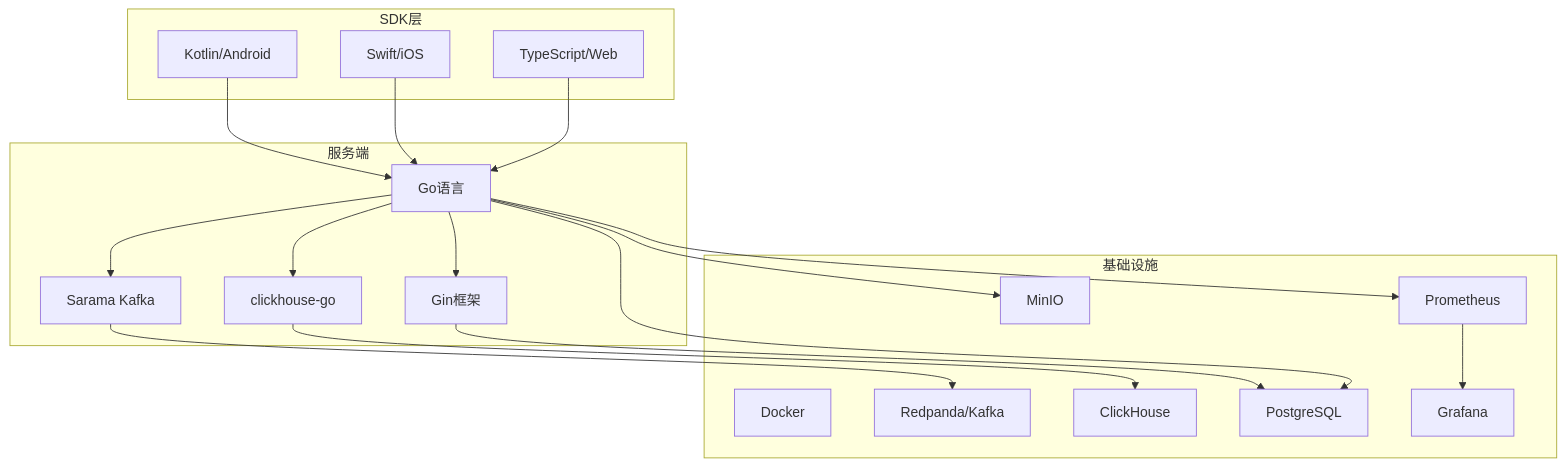
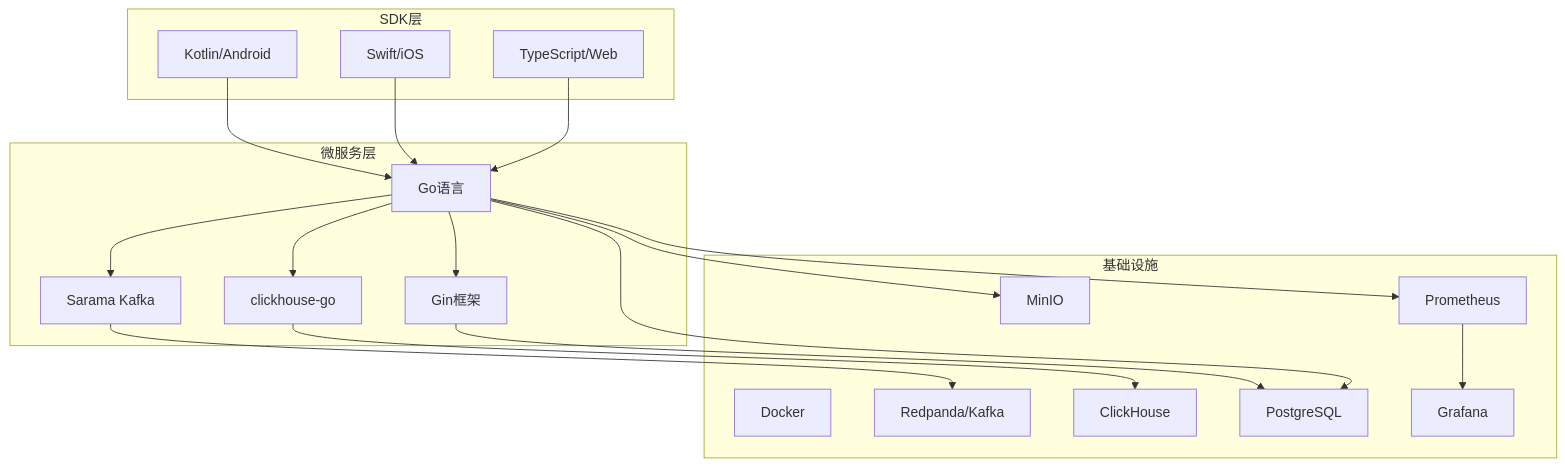
One commit to zhen-zhong/AeroLog changed the tenth of 11 diagrams in .qoder/repowiki/zh/content/项目概述/项目概述.md. Above: the diagram before and after it, drawn with Mermaid. The commit also changed other lines of this file and 105 other files, not shown here.

````diff
--- a/.qoder/repowiki/zh/content/项目概述/项目概述.md
+++ b/.qoder/repowiki/zh/content/项目概述/项目概述.md
@@ -413,36 +429,36 @@
 ```mermaid
 graph TB
 subgraph "SDK层"
 KT["Kotlin/Android"]
 SW["Swift/iOS"]
 TS["TypeScript/Web"]
 end
-subgraph "服务端"
+subgraph "微服务层"
 GO["Go语言"]
 GIN["Gin框架"]
 SAR["Sarama Kafka"]
 CHGO["clickhouse-go"]
 end
 subgraph "基础设施"
 DK["Docker"]
 RC["Redpanda/Kafka"]
 CH["ClickHouse"]
 PG["PostgreSQL"]
 MG["MinIO"]
 PM["Prometheus"]
 GF["Grafana"]
 end
 KT --> GO
 SW --> GO
 TS --> GO
 GO --> GIN
 GO --> SAR
 GO --> CHGO
 GIN --> PG
 SAR --> RC
 CHGO --> CH
 GO --> PG
 GO --> MG
 GO --> PM
 PM --> GF
 ```
````
